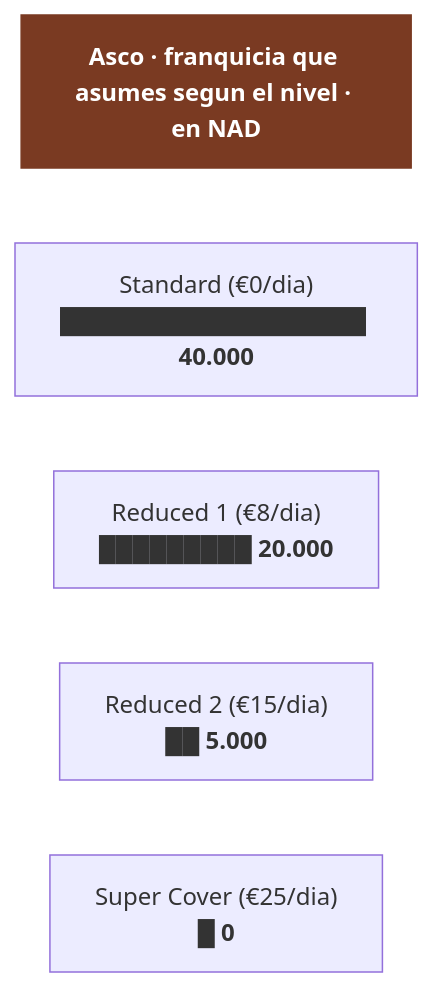
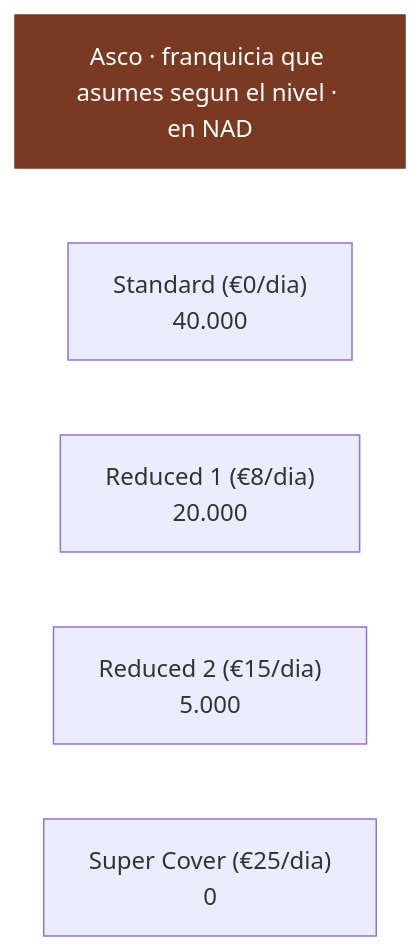
The first of 3 diagrams in 12-hallazgos-verificados.md (morandeirachema/namibia), drawn with Mermaid before and after one commit. The commit also changed other lines of this file and 14 other files, not shown here.

Commit message:
Arreglar el renderizado de los diagramas en GitHub: fuera emojis, negritas y barras ASCII de dentro de los nodos, que descuadraban la medida y recortaban el texto

````diff
--- a/12-hallazgos-verificados.md
+++ b/12-hallazgos-verificados.md
@@ -96,13 +96,13 @@
 ```mermaid
 flowchart TD
-    T["<b>Asco · franquicia que asumes segun el nivel · en NAD</b>"]
-    n0["Standard (€0/dia)<br/>██████████████████ <b>40.000</b>"]
-    n1["Reduced 1 (€8/dia)<br/>█████████ <b>20.000</b>"]
-    n2["Reduced 2 (€15/dia)<br/>██ <b>5.000</b>"]
-    n3["Super Cover (€25/dia)<br/>█ <b>0</b>"]
+    T["Asco · franquicia que asumes segun el nivel · en NAD"]
+    n0["Standard (€0/dia)<br/>40.000"]
+    n1["Reduced 1 (€8/dia)<br/>20.000"]
+    n2["Reduced 2 (€15/dia)<br/>5.000"]
+    n3["Super Cover (€25/dia)<br/>0"]
     T ~~~ n0
     n0 ~~~ n1
     n1 ~~~ n2
     n2 ~~~ n3
     style T fill:#7a3a22,color:#fff,stroke:#7a3a22
 ```
````
